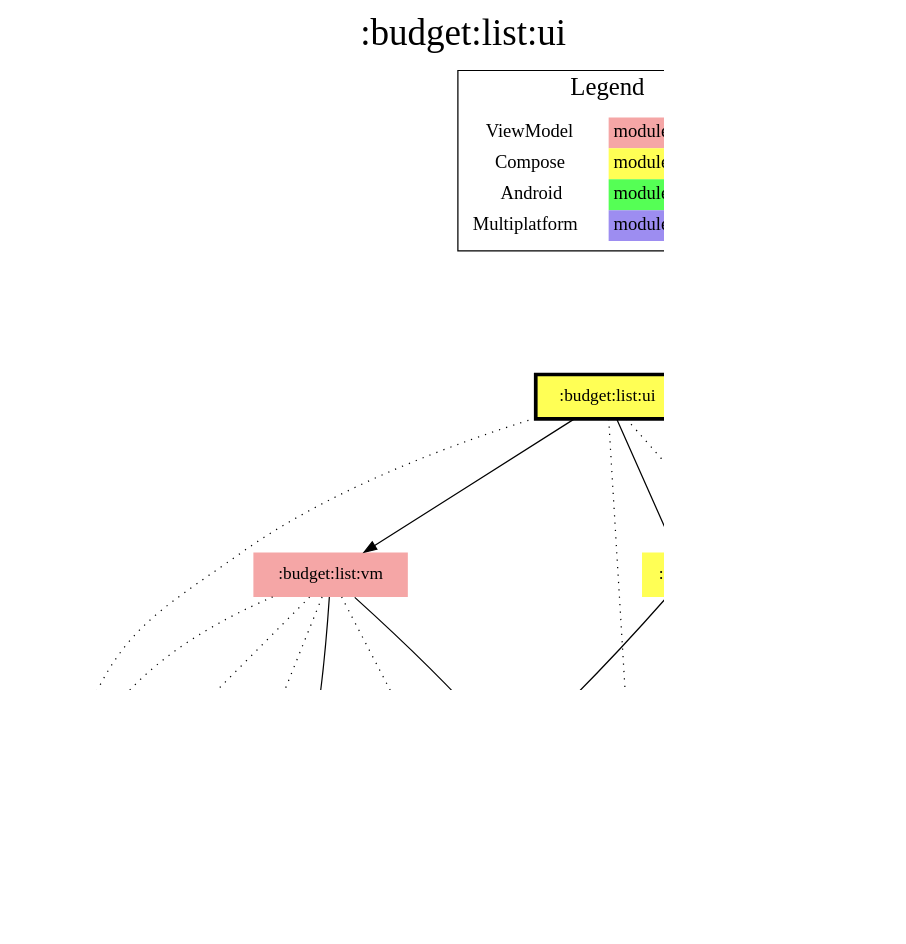
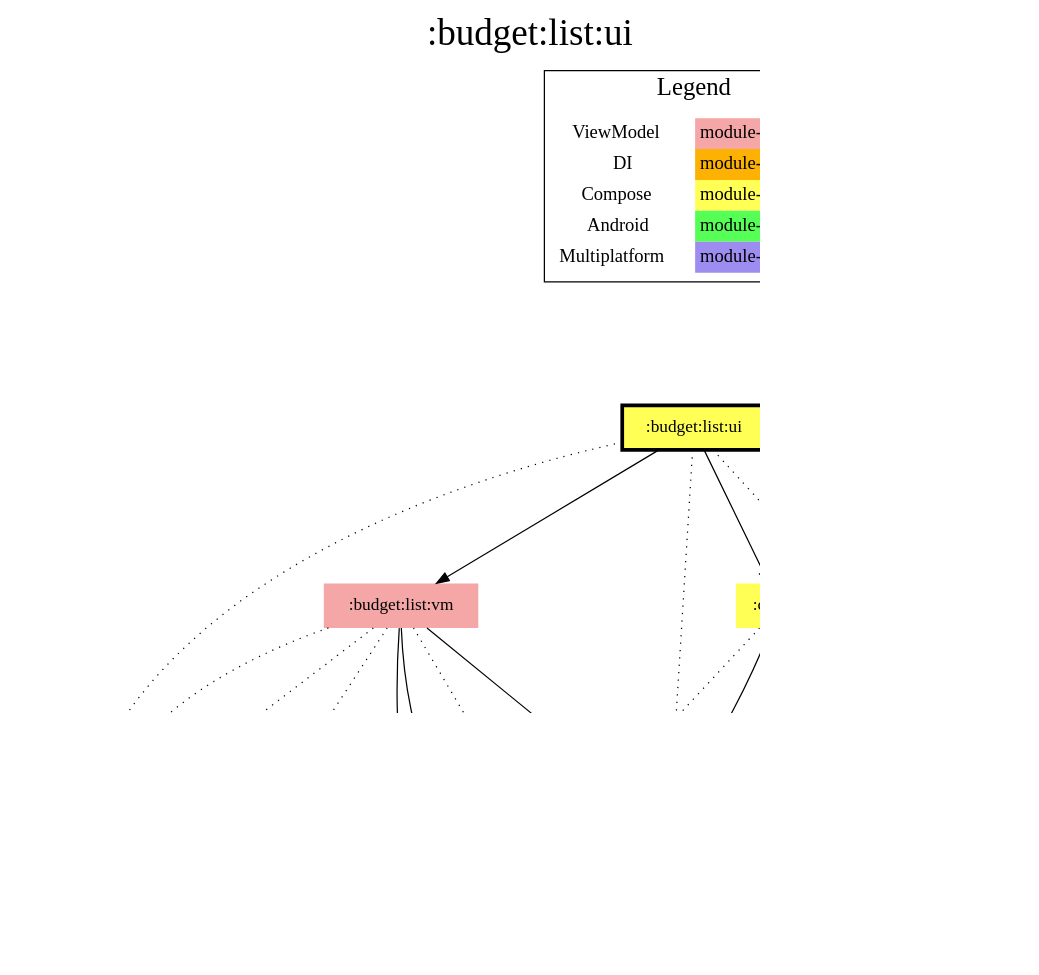
One commit to jonapoul/aktual changed the diagram in modules/budget/list/ui/modules.dot. Above: the diagram before and after it, drawn with Graphviz. The commit also changed 217 other files, not shown here.

```diff
--- a/modules/budget/list/ui/modules.dot
+++ b/modules/budget/list/ui/modules.dot
@@ -1,55 +1,59 @@
 digraph {
 edge ["dir"="forward"]
 graph ["dpi"="100","label"=":budget:list:ui","labelloc"="t","fontsize"="30","ranksep"="1.5","rankdir"="TB"]
 node ["style"="filled"]
 ":account:model" ["fillcolor"="#9D8DF1","shape"="none"]
 ":api:actual" ["fillcolor"="#9D8DF1","shape"="none"]
 ":budget:list:ui" ["fillcolor"="#FFFF55","color"="black","penwidth"="3","shape"="box"]
 ":budget:list:vm" ["fillcolor"="#F5A6A6","shape"="none"]
 ":budget:model" ["fillcolor"="#9D8DF1","shape"="none"]
 ":codegen:annotation" ["fillcolor"="#9D8DF1","shape"="none"]
 ":core:android" ["fillcolor"="#55FF55","shape"="none"]
+":core:di" ["fillcolor"="#FCB103","shape"="none"]
 ":core:model" ["fillcolor"="#9D8DF1","shape"="none"]
 ":core:ui" ["fillcolor"="#FFFF55","shape"="none"]
 ":l10n" ["fillcolor"="#9D8DF1","shape"="none"]
 ":logging" ["fillcolor"="#9D8DF1","shape"="none"]
 ":prefs" ["fillcolor"="#9D8DF1","shape"="none"]
 {
 edge ["dir"="none"]
 graph ["rank"="same"]
 ":budget:list:ui"
 }
 ":api:actual" -> ":account:model"
 ":api:actual" -> ":budget:model"
 ":api:actual" -> ":codegen:annotation" ["style"="dotted"]
 ":api:actual" -> ":core:model"
 ":budget:list:ui" -> ":account:model" ["style"="dotted"]
 ":budget:list:ui" -> ":budget:list:vm"
 ":budget:list:ui" -> ":budget:model" ["style"="dotted"]
 ":budget:list:ui" -> ":core:ui"
 ":budget:list:ui" -> ":l10n" ["style"="dotted"]
 ":budget:list:vm" -> ":account:model" ["style"="dotted"]
 ":budget:list:vm" -> ":api:actual" ["style"="dotted"]
 ":budget:list:vm" -> ":budget:model"
+":budget:list:vm" -> ":core:di"
 ":budget:list:vm" -> ":core:model"
 ":budget:list:vm" -> ":logging" ["style"="dotted"]
 ":budget:list:vm" -> ":prefs" ["style"="dotted"]
 ":core:ui" -> ":budget:model"
 ":core:ui" -> ":core:android" ["style"="dotted"]
+":core:ui" -> ":core:di" ["style"="dotted"]
 ":core:ui" -> ":core:model"
 ":core:ui" -> ":l10n" ["style"="dotted"]
 ":prefs" -> ":account:model"
 ":prefs" -> ":core:model"
 subgraph "cluster_legend" {
 edge ["dir"="none"]
 graph ["label"="Legend","fontsize"="20"]
 "Legend" ["style"="filled","fillcolor"="#FFFFFF","shape"="none","margin"="0","fontsize"="15","label"=<
 <TABLE BORDER="0" CELLBORDER="0" CELLSPACING="0" CELLPADDING="4">
 <TR><TD>ViewModel</TD><TD BGCOLOR="#F5A6A6">module-name</TD></TR>
+<TR><TD>DI</TD><TD BGCOLOR="#FCB103">module-name</TD></TR>
 <TR><TD>Compose</TD><TD BGCOLOR="#FFFF55">module-name</TD></TR>
 <TR><TD>Android</TD><TD BGCOLOR="#55FF55">module-name</TD></TR>
 <TR><TD>Multiplatform</TD><TD BGCOLOR="#9D8DF1">module-name</TD></TR>
 </TABLE>
 >]
 } -> ":budget:list:ui" ["style"="invis"]
 }
```
